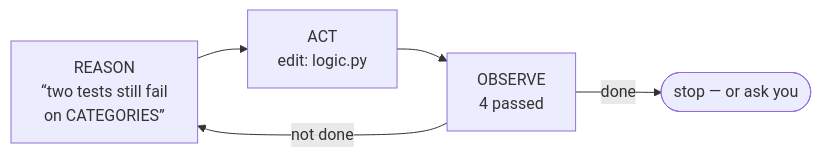
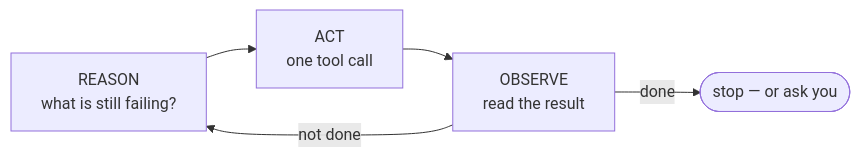
Before and after one commit to Nova-SBE-Introduction-to-Programming/intro-to-programming-2026: the diagram in decks/diagrams/react-loop.mmd, drawn with Mermaid. The commit also changed 14 other files, not shown here.

```diff
--- a/decks/diagrams/react-loop.mmd
+++ b/decks/diagrams/react-loop.mmd
@@ -1,8 +1,8 @@
 flowchart LR
-  R["REASON<br/>“two tests still fail<br/>on CATEGORIES”"]
-  A["ACT<br/>edit: logic.py"]
-  O["OBSERVE<br/>4 passed"]
+  R["REASON<br/>what is still failing?"]
+  A["ACT<br/>one tool call"]
+  O["OBSERVE<br/>read the result"]
   S(["stop — or ask you"])
   R --> A --> O
   O -->|"not done"| R
   O -->|"done"| S
```
